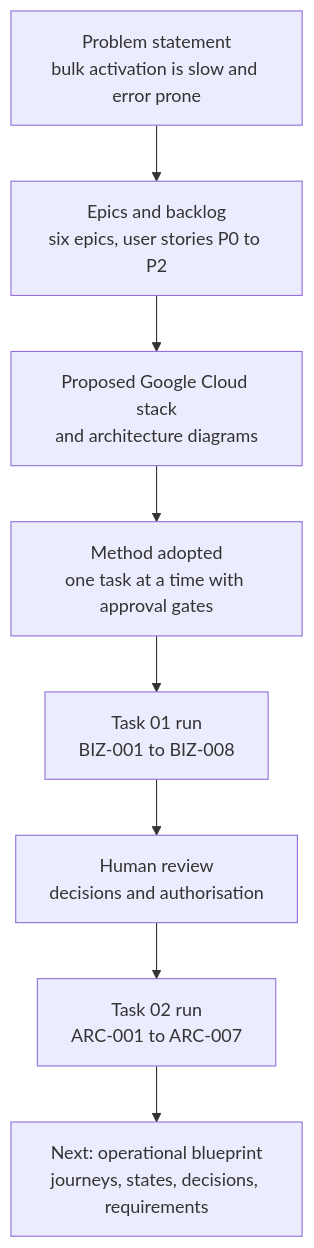
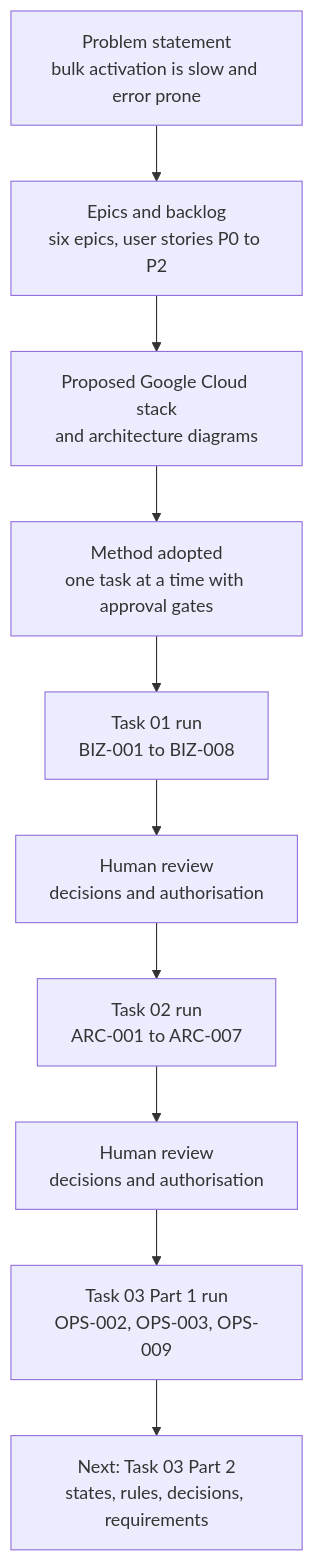
Before and after one commit to maheshjq/guided-payroll-activation: the first of 5 diagrams in docs/project-recap.md, drawn with Mermaid. The commit also changed other lines of this file, not shown here.

First line of the commit message:
Update project recap with Task 03 Part 1

````diff
--- a/docs/project-recap.md
+++ b/docs/project-recap.md
@@ -11,10 +11,12 @@
 ```mermaid
 flowchart TB
     A["Problem statement<br/>bulk activation is slow and error prone"] --> B["Epics and backlog<br/>six epics, user stories P0 to P2"]
     B --> C["Proposed Google Cloud stack<br/>and architecture diagrams"]
     C --> D["Method adopted<br/>one task at a time with approval gates"]
     D --> E["Task 01 run<br/>BIZ-001 to BIZ-008"]
     E --> F["Human review<br/>decisions and authorisation"]
     F --> G["Task 02 run<br/>ARC-001 to ARC-007"]
-    G --> H["Next: operational blueprint<br/>journeys, states, decisions, requirements"]
+    G --> I["Human review<br/>decisions and authorisation"]
+    I --> J["Task 03 Part 1 run<br/>OPS-002, OPS-003, OPS-009"]
+    J --> H["Next: Task 03 Part 2<br/>states, rules, decisions, requirements"]
 ```
````
